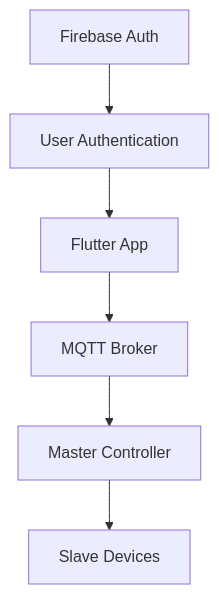
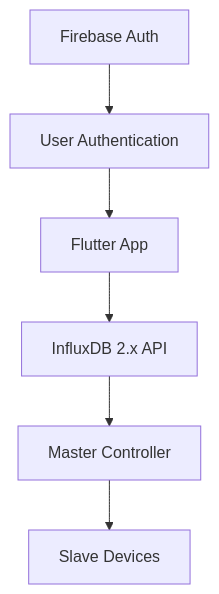
Before and after one commit to hazzma/SmartBuilding-App-V2: the first of 7 diagrams in README.md, drawn with Mermaid. The commit also changed other lines of this file, not shown here.

Commit message:
Update README.md to match codebase and new InfluxDB architecture

````diff
--- a/README.md
+++ b/README.md
@@ -53,8 +52,8 @@
 ```mermaid
 flowchart TD
     A[Firebase Auth] --> B[User Authentication]
     B --> C[Flutter App]
-    C --> D[MQTT Broker]
+    C --> D[InfluxDB 2.x API]
     D --> E[Master Controller]
     E --> F[Slave Devices]
 ```
````
